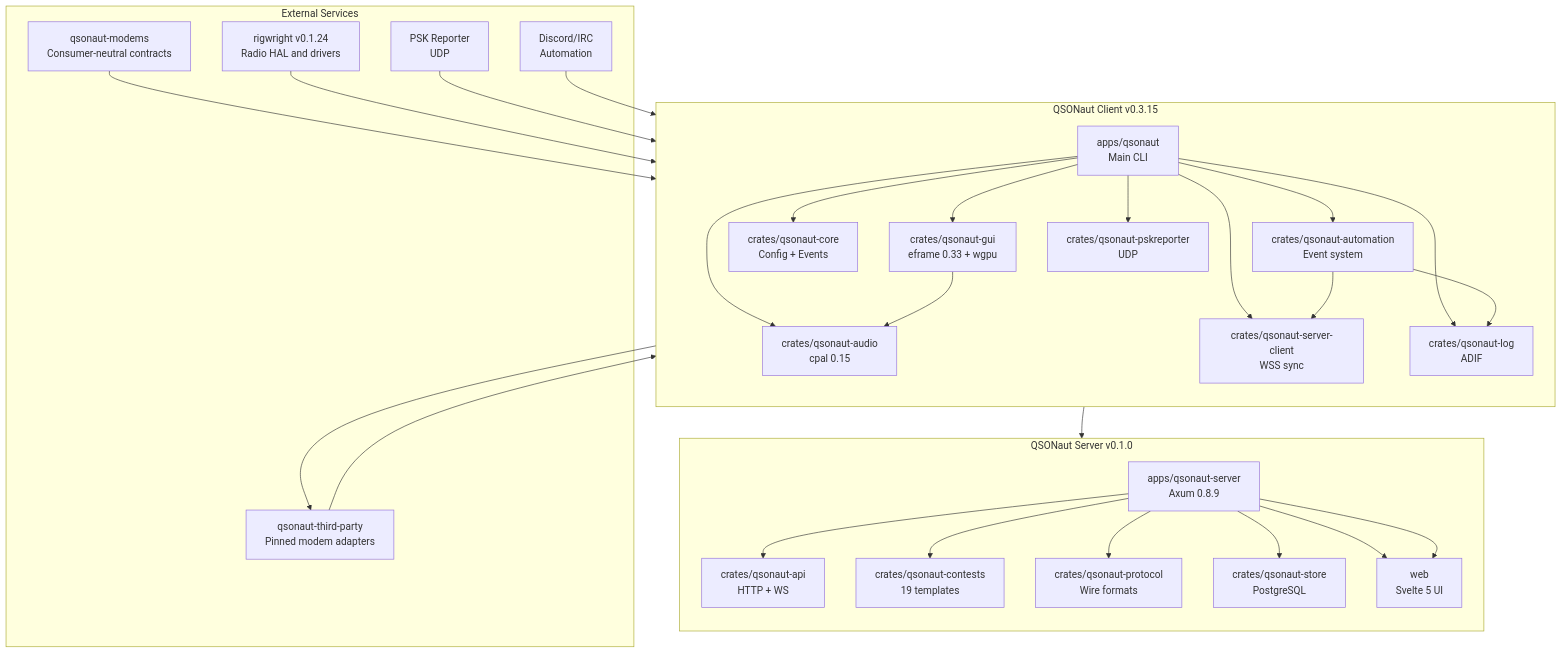
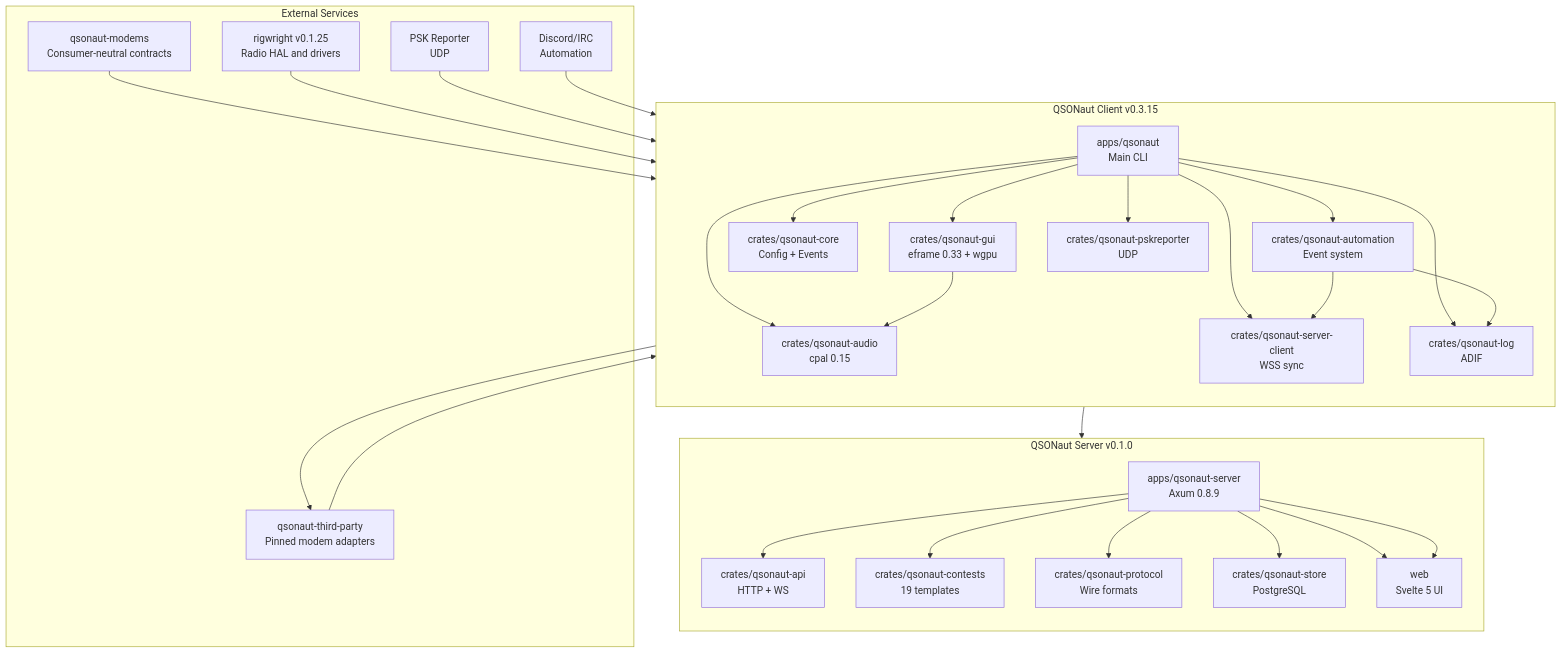
One commit to nicksbar/QSONaut changed the first of 6 diagrams in docs/ARCHITECTURE.md. Above: the diagram before and after it, drawn with Mermaid. The commit also changed other lines of this file and 4 other files, not shown here.

````diff
--- a/docs/ARCHITECTURE.md
+++ b/docs/ARCHITECTURE.md
@@ -5,45 +5,45 @@
 ```mermaid
 graph TB
     subgraph QSONaut_Client["QSONaut Client v0.3.15"]
         direction TB
         A[apps/qsonaut<br/>Main CLI]
         A --> B[crates/qsonaut-gui<br/>eframe 0.33 + wgpu]
         A --> C[crates/qsonaut-core<br/>Config + Events]
         A --> F[crates/qsonaut-audio<br/>cpal 0.15]
         A --> G[crates/qsonaut-automation<br/>Event system]
         A --> H[crates/qsonaut-server-client<br/>WSS sync]
         A --> I[crates/qsonaut-log<br/>ADIF]
         A --> J[crates/qsonaut-pskreporter<br/>UDP]
         
         B --> F
         G --> H
         G --> I
     end
     
     subgraph QSONaut_Server["QSONaut Server v0.1.0"]
         direction TB
         K[apps/qsonaut-server<br/>Axum 0.8.9]
         K --> L[crates/qsonaut-api<br/>HTTP + WS]
         K --> M[crates/qsonaut-contests<br/>19 templates]
         K --> N[crates/qsonaut-protocol<br/>Wire formats]
         K --> O[crates/qsonaut-store<br/>PostgreSQL]
         K --> P[web<br/>Svelte 5 UI]
     end
     
     subgraph External["External Services"]
         Q[qsonaut-third-party<br/>Pinned modem adapters]
         U[qsonaut-modems<br/>Consumer-neutral contracts]
-        R[rigwright v0.1.24<br/>Radio HAL and drivers]
+        R[rigwright v0.1.25<br/>Radio HAL and drivers]
         S[PSK Reporter<br/>UDP]
         T[Discord/IRC<br/>Automation]
     end
     
     Q --> B
     U --> B
     F --> Q
     R --> A
     S --> I
     T --> G
     H --> K
     K --> P
 ```
````
